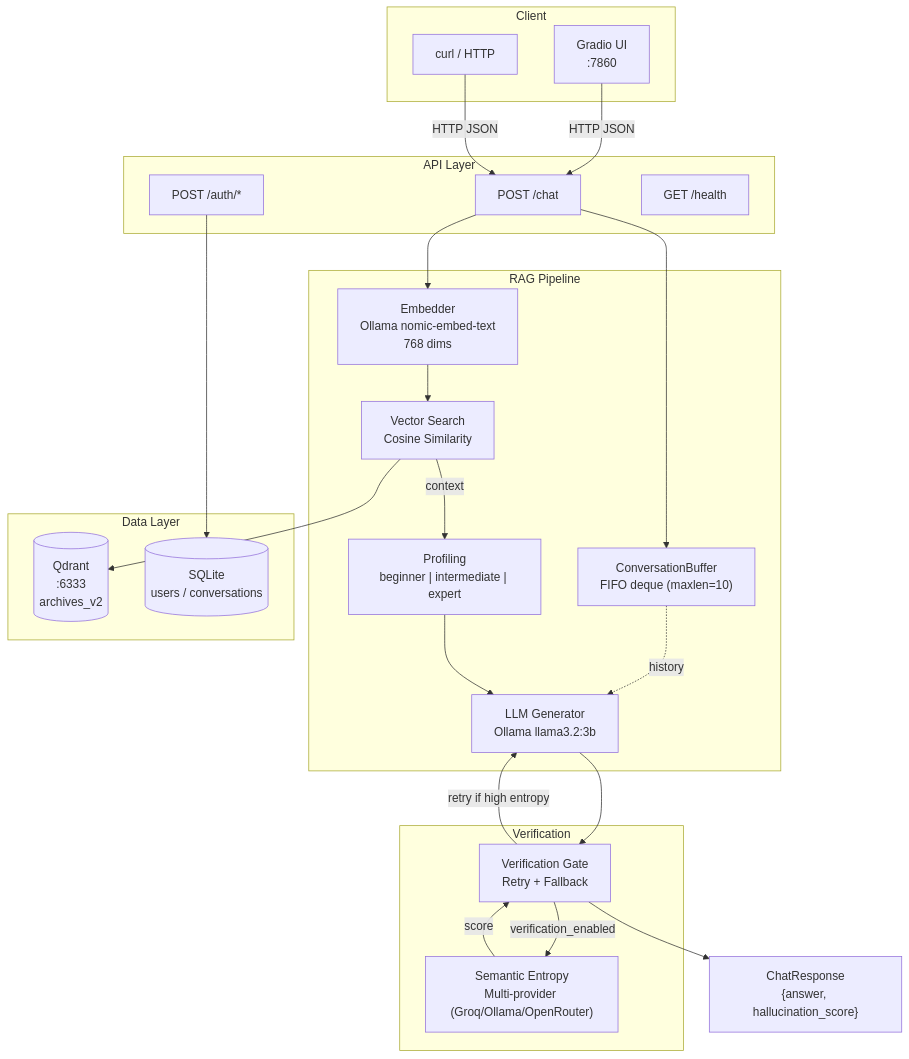
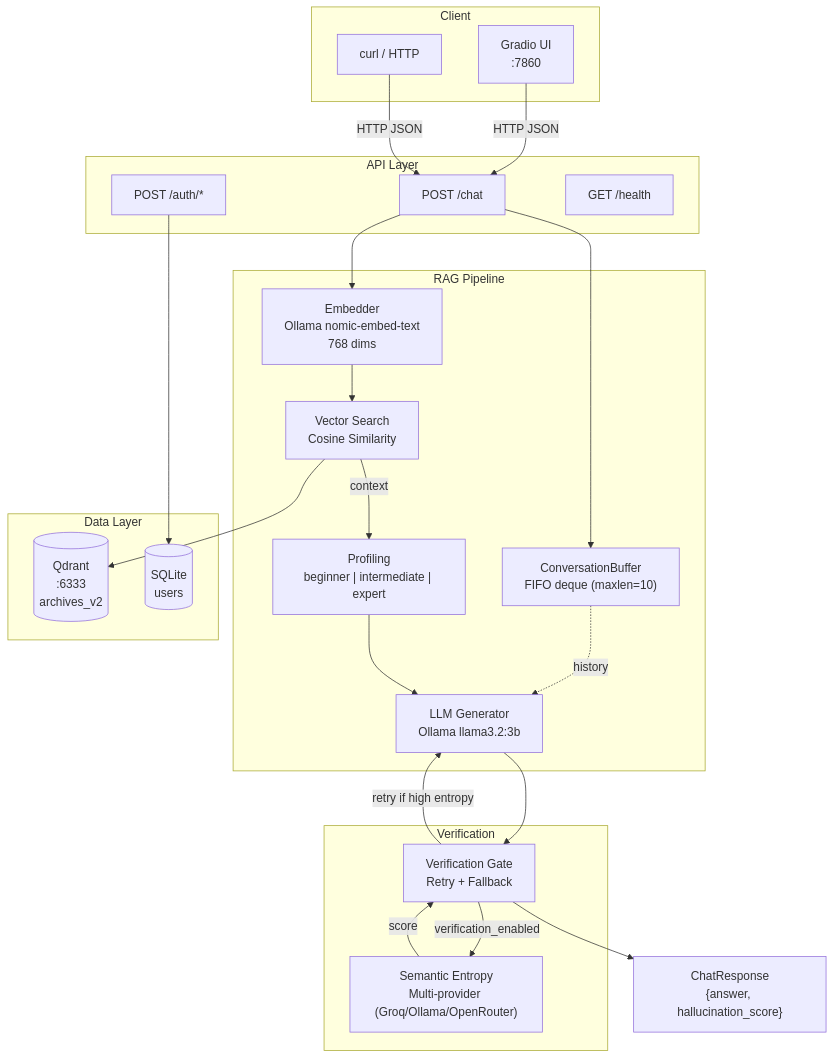
The first of 3 diagrams in README.md (LukeSantossz/sb100_agents), drawn with Mermaid before and after one commit. The commit also changed other lines of this file, not shown here.

````diff
--- a/README.md
+++ b/README.md
@@ -68,52 +68,52 @@
 ```mermaid
 flowchart TD
     subgraph CLIENT["Client"]
         GRADIO["Gradio UI\n:7860"]
         CURL["curl / HTTP"]
     end
 
     subgraph API["API Layer"]
         ENDPOINT["POST /chat"]
         AUTH["POST /auth/*"]
         HEALTH["GET /health"]
     end
 
     subgraph PIPELINE["RAG Pipeline"]
         EMBED["Embedder\nOllama nomic-embed-text\n768 dims"]
         SEARCH["Vector Search\nCosine Similarity"]
         MEMORY["ConversationBuffer\nFIFO deque (maxlen=10)"]
         PROFILE["Profiling\nbeginner | intermediate | expert"]
         LLM["LLM Generator\nOllama llama3.2:3b"]
     end
 
     subgraph VERIFY["Verification"]
         ENTROPY["Semantic Entropy\nMulti-provider (Groq/Ollama/OpenRouter)"]
         GATE["Verification Gate\nRetry + Fallback"]
     end
 
     subgraph DATA["Data Layer"]
         QDRANT[("Qdrant\n:6333\narchives_v2")]
-        SQLITE[("SQLite\nusers / conversations")]
+        SQLITE[("SQLite\nusers")]
     end
 
     GRADIO -->|HTTP JSON| ENDPOINT
     CURL -->|HTTP JSON| ENDPOINT
 
     ENDPOINT --> EMBED
     EMBED --> SEARCH
     SEARCH --> QDRANT
 
     ENDPOINT --> MEMORY
     MEMORY -.->|history| LLM
     SEARCH -->|context| PROFILE
     PROFILE --> LLM
 
     LLM --> GATE
     GATE -->|verification_enabled| ENTROPY
     ENTROPY -->|score| GATE
     GATE -->|retry if high entropy| LLM
 
     GATE --> RESPONSE["ChatResponse\n{answer, hallucination_score}"]
 
     AUTH --> SQLITE
 ```
````
